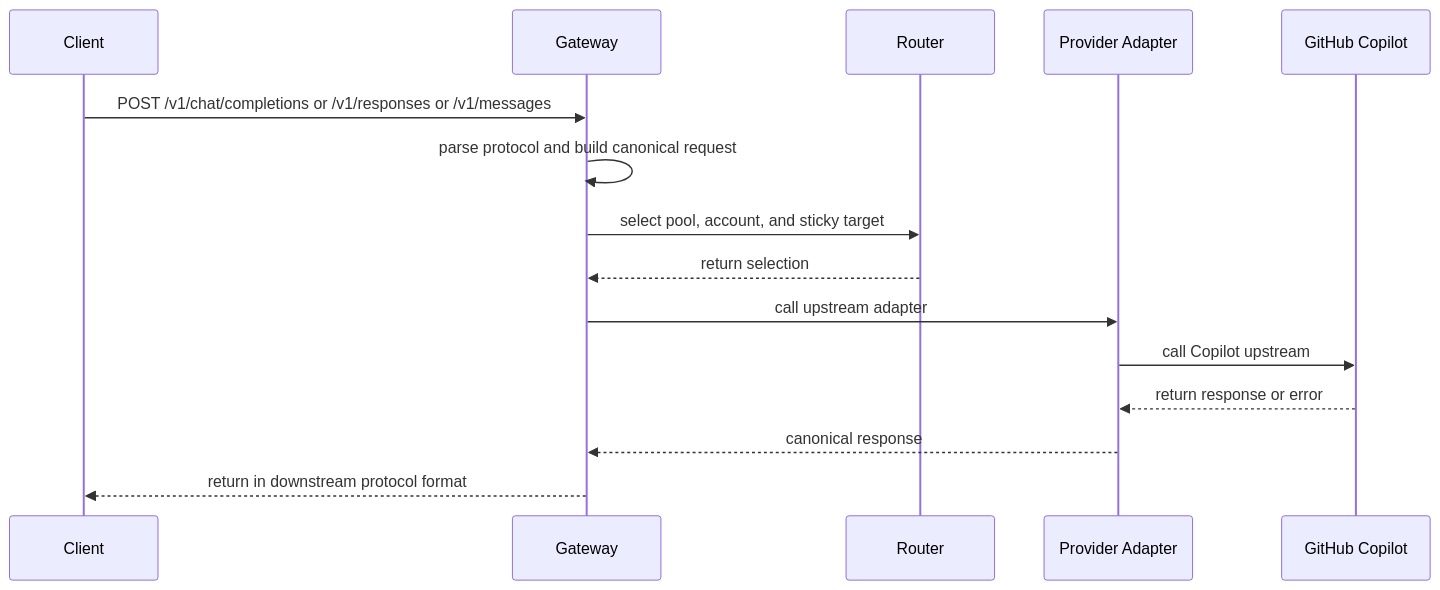
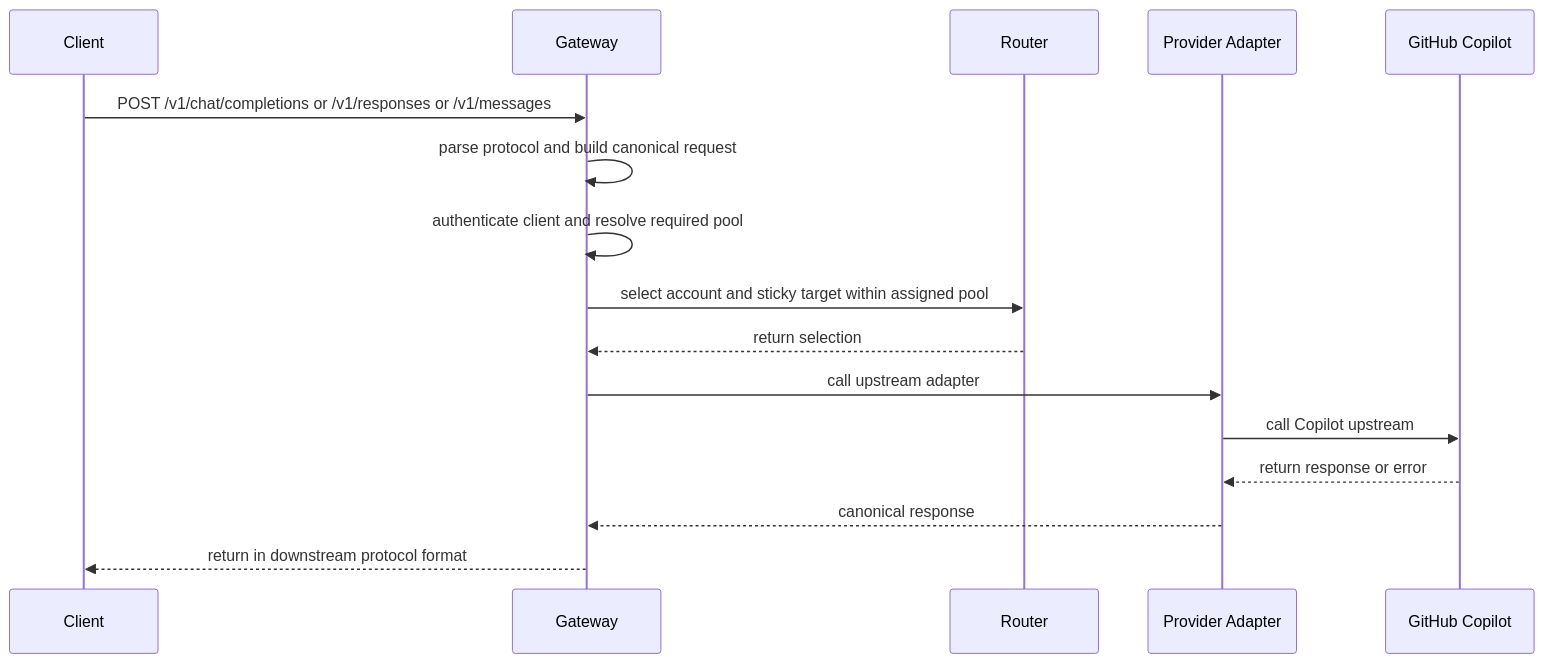
One commit to pczhao1210/ghcp-pool-proxy changed the second of 6 diagrams in docs/architecture.en.md. Above: the diagram before and after it, drawn with Mermaid. The commit also changed other lines of this file and 16 other files, not shown here.

````diff
--- a/docs/architecture.en.md
+++ b/docs/architecture.en.md
@@ -44,18 +44,19 @@
 ```mermaid
 sequenceDiagram
   participant C as Client
   participant G as Gateway
   participant R as Router
   participant P as Provider Adapter
   participant U as GitHub Copilot
 
   C->>G: POST /v1/chat/completions or /v1/responses or /v1/messages
   G->>G: parse protocol and build canonical request
-  G->>R: select pool, account, and sticky target
+  G->>G: authenticate client and resolve required pool
+  G->>R: select account and sticky target within assigned pool
   R-->>G: return selection
   G->>P: call upstream adapter
   P->>U: call Copilot upstream
   U-->>P: return response or error
   P-->>G: canonical response
   G-->>C: return in downstream protocol format
 ```
````
